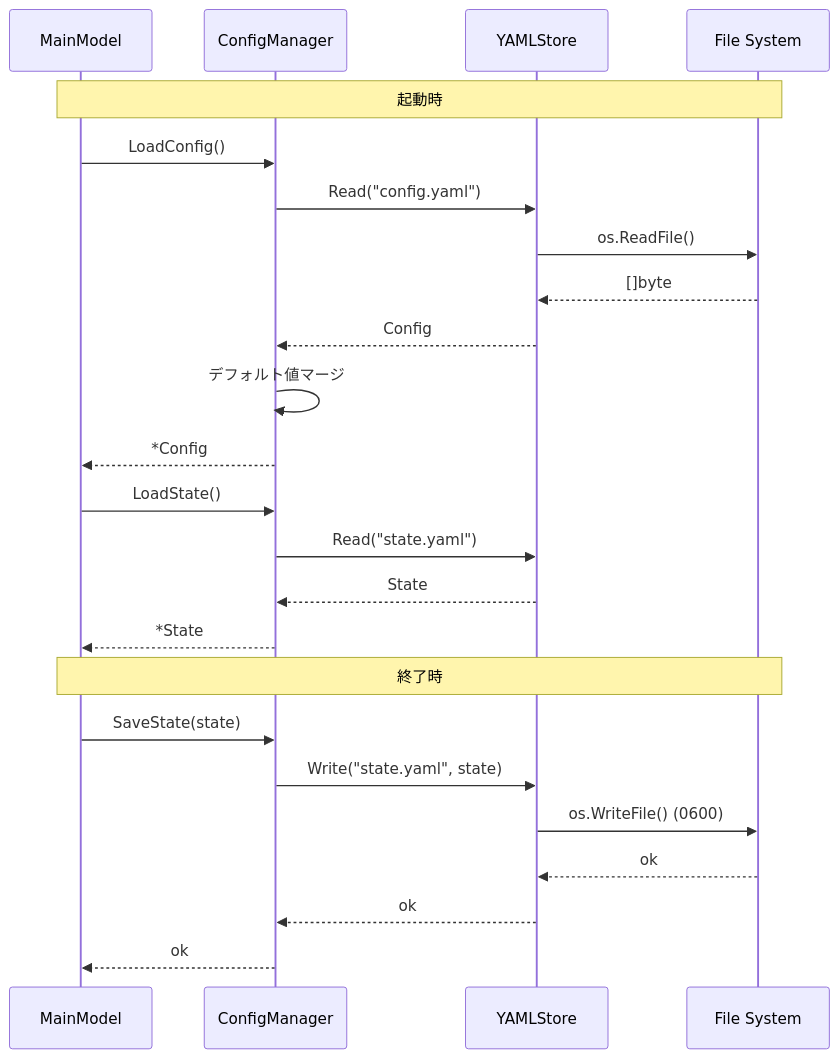
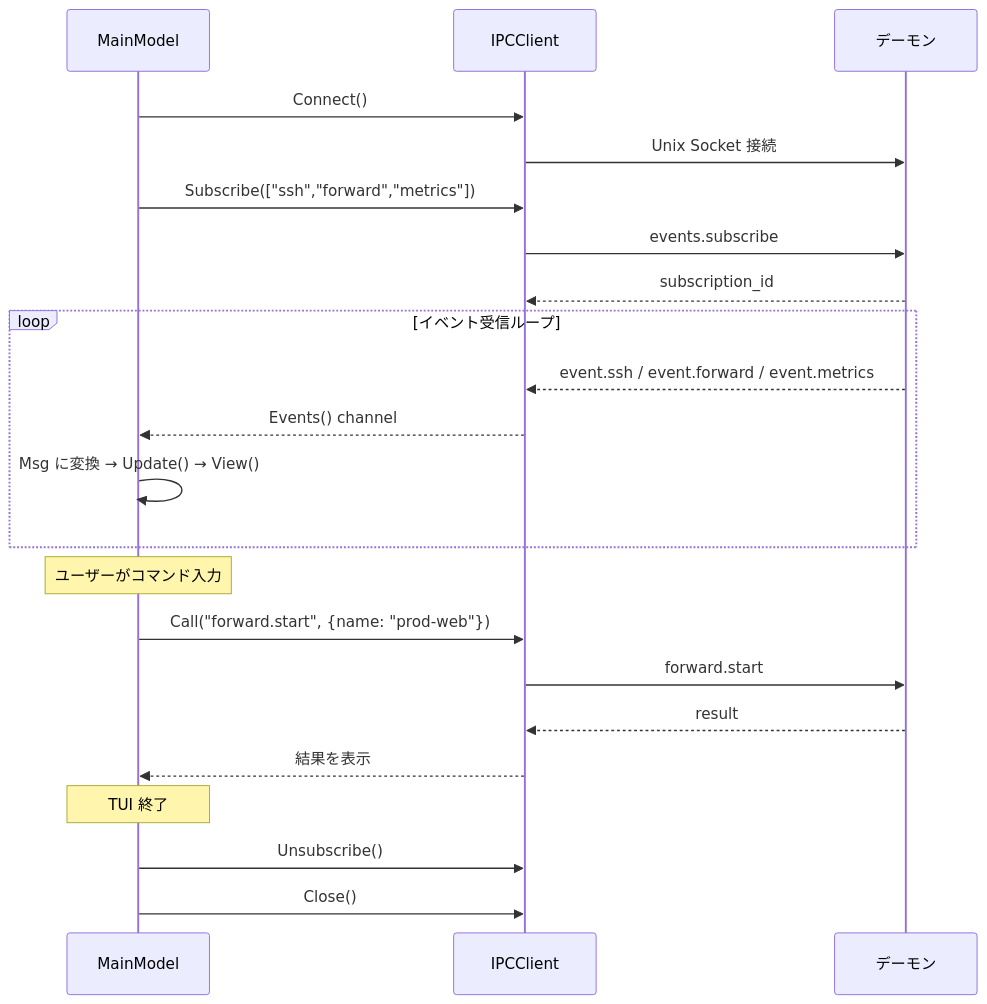
The fifth of 5 diagrams in docs/components/overview.md (ousiassllc/MolePort), drawn with Mermaid before and after one commit. The commit also changed other lines of this file, not shown here.

Commit message:
docs: コンポーネント設計にDaemon/IPC/CLI Layerを追加

````diff
--- a/docs/components/overview.md
+++ b/docs/components/overview.md
@@ -216,29 +574,28 @@
 ```mermaid
 sequenceDiagram
-    participant App as MainModel
-    participant CM as ConfigManager
-    participant Store as YAMLStore
-    participant FS as File System
+    participant TUI as MainModel
+    participant IPC as IPCClient
+    participant Daemon as デーモン
 
-    Note over App,FS: 起動時
-    App->>CM: LoadConfig()
-    CM->>Store: Read("config.yaml")
-    Store->>FS: os.ReadFile()
-    FS-->>Store: []byte
-    Store-->>CM: Config
-    CM->>CM: デフォルト値マージ
-    CM-->>App: *Config
+    TUI->>IPC: Connect()
+    IPC->>Daemon: Unix Socket 接続
+    TUI->>IPC: Subscribe(["ssh","forward","metrics"])
+    IPC->>Daemon: events.subscribe
+    Daemon-->>IPC: subscription_id
 
-    App->>CM: LoadState()
-    CM->>Store: Read("state.yaml")
-    Store-->>CM: State
-    CM-->>App: *State
+    loop イベント受信ループ
+        Daemon-->>IPC: event.ssh / event.forward / event.metrics
+        IPC-->>TUI: Events() channel
+        TUI->>TUI: Msg に変換 → Update() → View()
+    end
 
-    Note over App,FS: 終了時
-    App->>CM: SaveState(state)
-    CM->>Store: Write("state.yaml", state)
-    Store->>FS: os.WriteFile() (0600)
-    FS-->>Store: ok
-    Store-->>CM: ok
-    CM-->>App: ok
+    Note over TUI: ユーザーがコマンド入力
+    TUI->>IPC: Call("forward.start", {name: "prod-web"})
+    IPC->>Daemon: forward.start
+    Daemon-->>IPC: result
+    IPC-->>TUI: 結果を表示
+
+    Note over TUI: TUI 終了
+    TUI->>IPC: Unsubscribe()
+    TUI->>IPC: Close()
 ```
````
